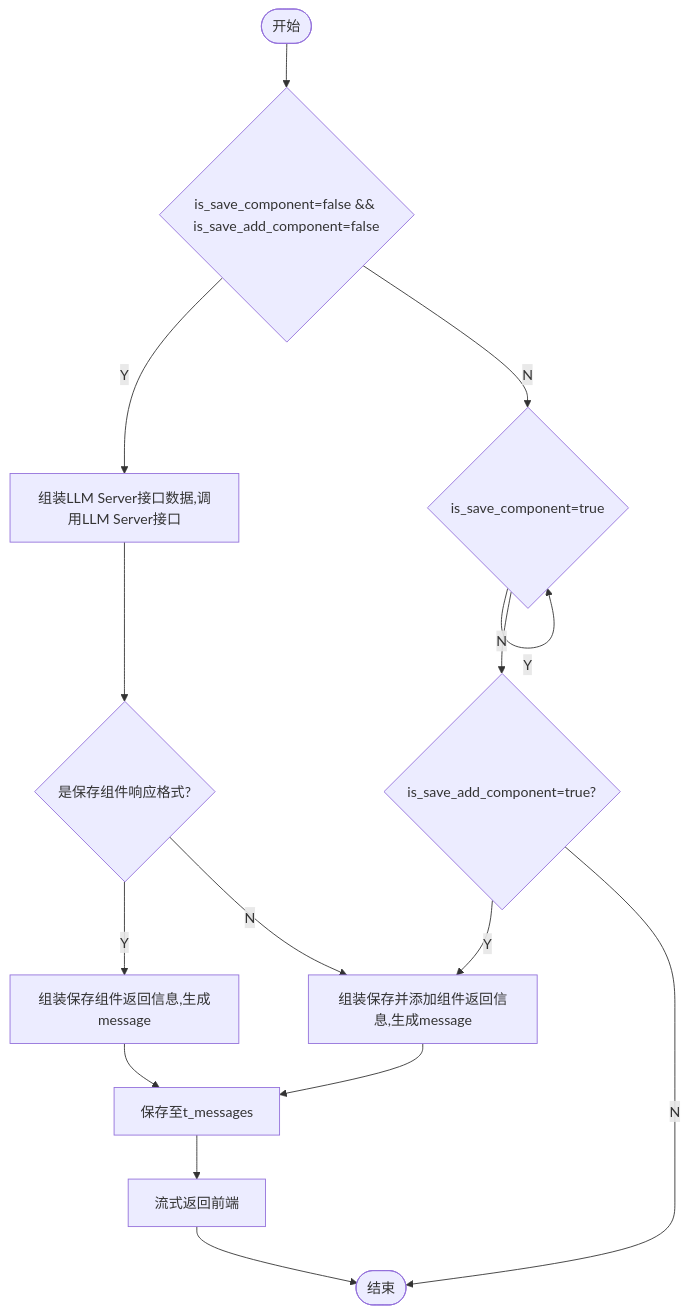
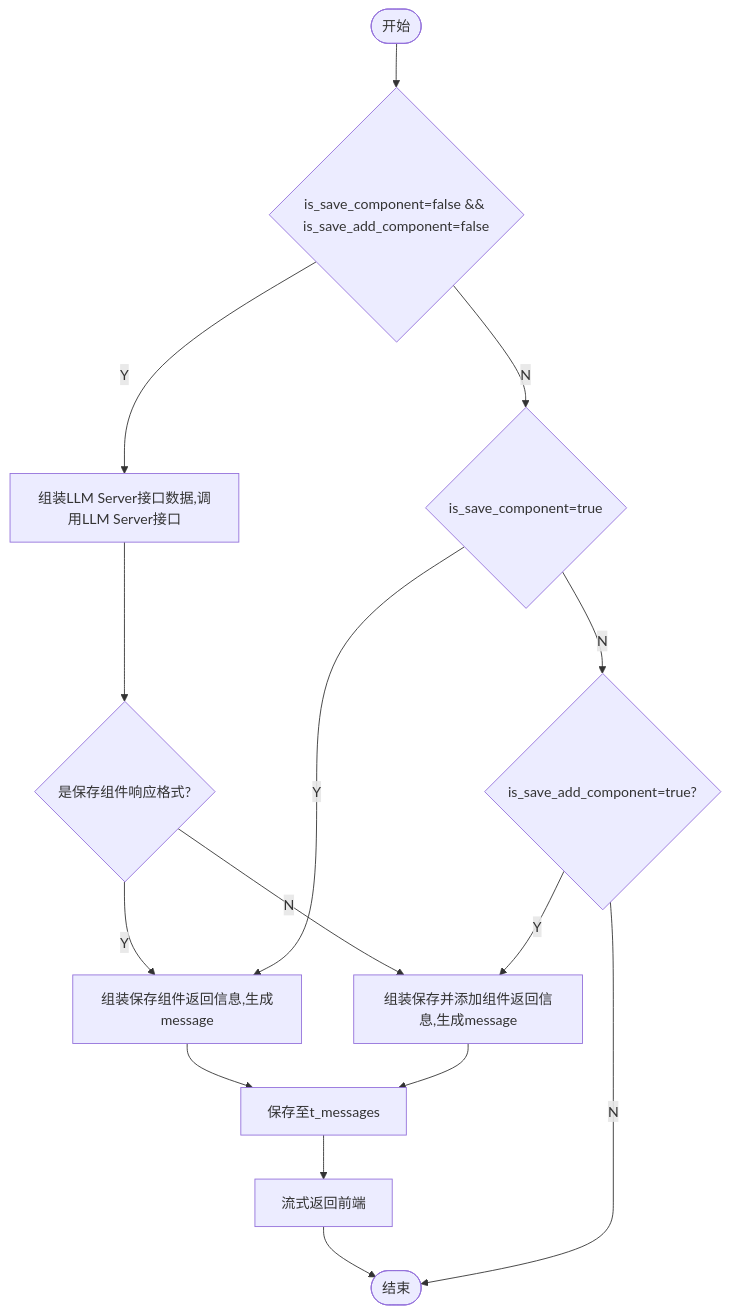
The diagram in all/未命名-7.md (yingjianzh/iodraw-files), drawn with Mermaid before and after one commit.

Commit message:
2024-10-12 14:07:45 update

````diff
--- a/all/未命名-7.md
+++ b/all/未命名-7.md
@@ -1,18 +1,18 @@
 ```mermaid
 flowchart TD
     A([开始]) --> B{is_save_component=false && is_save_add_component=false}
     B -- Y --> C[组装LLM Server接口数据,调用LLM Server接口]
     B -- N --> D{is_save_component=true}
     C --> E{是保存组件响应格式?}
     E -- Y --> F[组装保存组件返回信息,生成message]
     E -- N --> K
     F --> G[保存至t_messages]
     G --> H[流式返回前端]
     H --> I([结束])
-    D -- Y --> 
+    D -- Y --> F
     D -- N --> J{is_save_add_component=true?}
     J -- Y --> K[组装保存并添加组件返回信息,生成message]
     K --> G
     J -- N --> I
 
 ```
````
